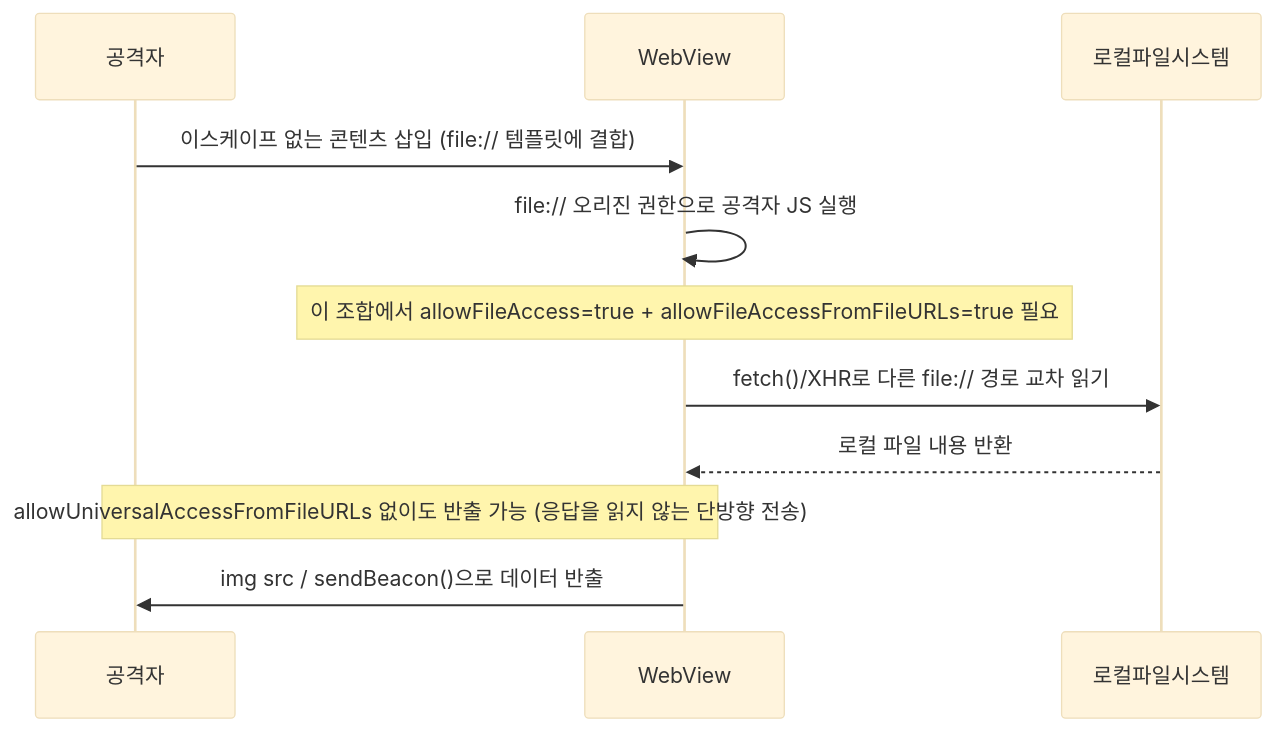
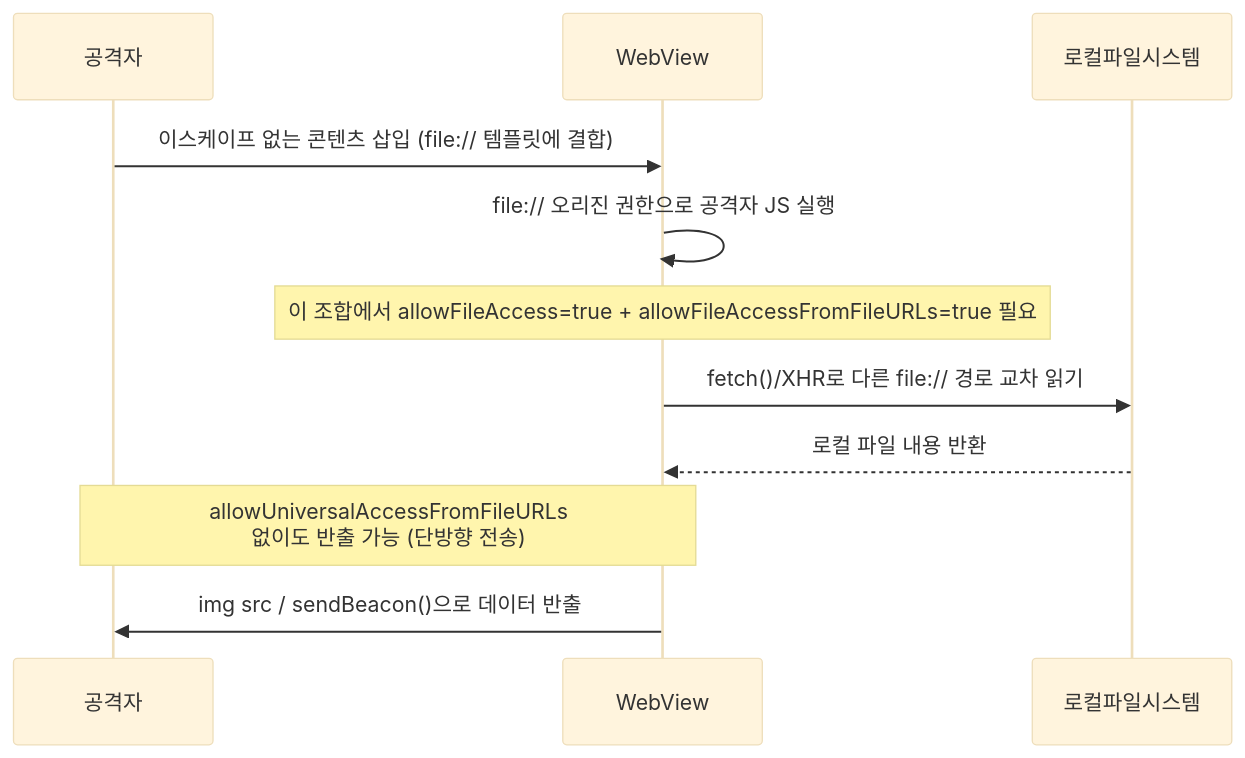
Before and after one commit to gooyong-sec/gooyong-sec.github.io: the third of 3 diagrams in content/모바일취약점/모바일 취약점 진단 — WebView와 파일 접근 취약점.md, drawn with Mermaid (base theme). The commit also changed other lines of this file and 17 other files, not shown here.

````diff
--- a/content/모바일취약점/모바일 취약점 진단 — WebView와 파일 접근 취약점.md
+++ b/content/모바일취약점/모바일 취약점 진단 — WebView와 파일 접근 취약점.md
@@ -122,13 +122,13 @@
 ```mermaid
 sequenceDiagram
     participant Att as 공격자
     participant W as WebView
     participant FS as 로컬파일시스템
     Att->>W: 이스케이프 없는 콘텐츠 삽입 (file:// 템플릿에 결합)
     W->>W: file:// 오리진 권한으로 공격자 JS 실행
     Note over W: 이 조합에서 allowFileAccess=true + allowFileAccessFromFileURLs=true 필요
     W->>FS: fetch()/XHR로 다른 file:// 경로 교차 읽기
     FS-->>W: 로컬 파일 내용 반환
-    Note over W,Att: allowUniversalAccessFromFileURLs 없이도 반출 가능 (응답을 읽지 않는 단방향 전송)
+    Note over W,Att: allowUniversalAccessFromFileURLs<br/>없이도 반출 가능 (단방향 전송)
     W->>Att: img src / sendBeacon()으로 데이터 반출
 ```
````
